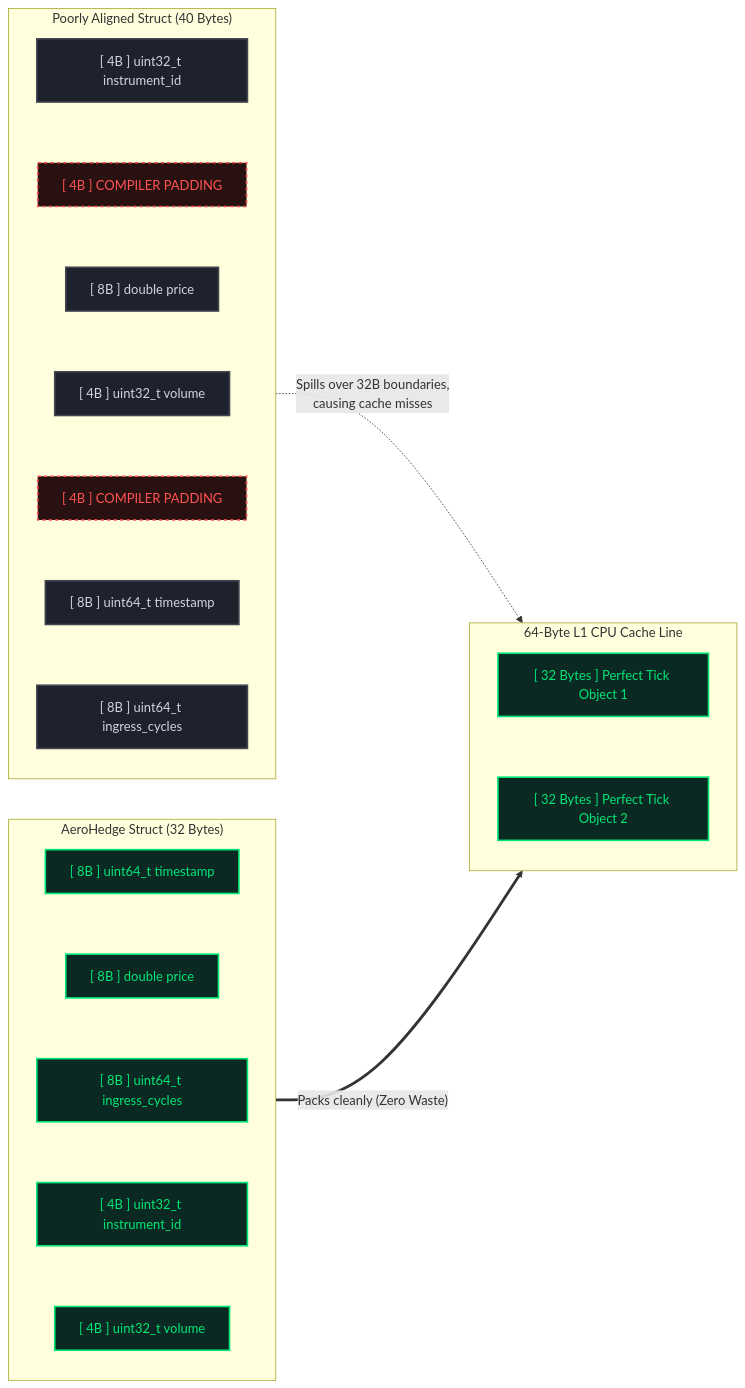
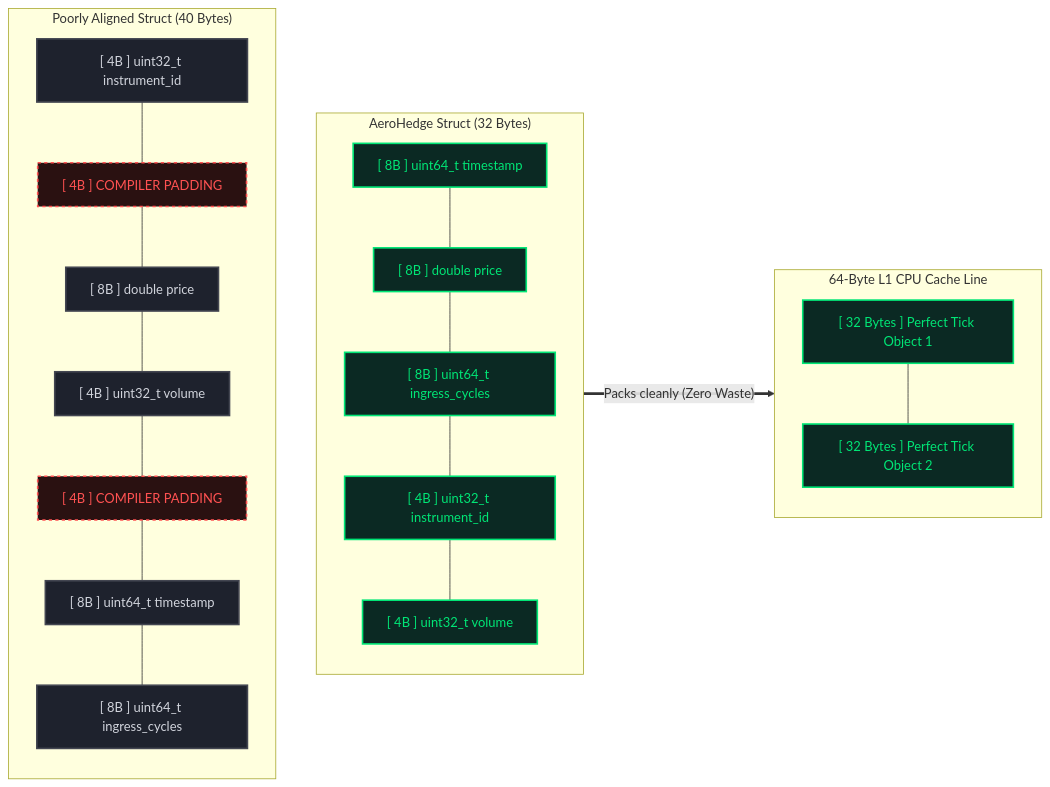
One commit to QuietkidAniket/AeroHedge changed the third of 4 diagrams in README.md. Above: the diagram before and after it, drawn with Mermaid. The commit also changed other lines of this file and 1 other file, not shown here.

````diff
--- a/README.md
+++ b/README.md
@@ -202,46 +271,40 @@
 ```mermaid
 flowchart LR
     %% --- UNOPTIMIZED MEMORY LAYOUT ---
     subgraph Bad ["Poorly Aligned Struct (40 Bytes)"]
         direction TB
-        B1["[ 4B ] uint32_t instrument_id"]:::data
-        P1["[ 4B ] COMPILER PADDING"]:::pad
-        B2["[ 8B ] double price"]:::data
-        B3["[ 4B ] uint32_t volume"]:::data
-        P2["[ 4B ] COMPILER PADDING"]:::pad
-        B4["[ 8B ] uint64_t timestamp"]:::data
-        B5["[ 8B ] uint64_t ingress_cycles"]:::data
-
-        B1 ~~~ P1 ~~~ B2 ~~~ B3 ~~~ P2 ~~~ B4 ~~~ B5
+        B1["[ 4B ] uint32_t instrument_id"]:::data --- P1["[ 4B ] COMPILER PADDING"]:::pad
+        P1 --- B2["[ 8B ] double price"]:::data
+        B2 --- B3["[ 4B ] uint32_t volume"]:::data
+        B3 --- P2["[ 4B ] COMPILER PADDING"]:::pad
+        P2 --- B4["[ 8B ] uint64_t timestamp"]:::data
+        B4 --- B5["[ 8B ] uint64_t ingress_cycles"]:::data
     end
 
     %% --- AEROHEDGE OPTIMIZED LAYOUT ---
     subgraph Good ["AeroHedge Struct (32 Bytes)"]
         direction TB
-        G1["[ 8B ] uint64_t timestamp"]:::opt
-        G2["[ 8B ] double price"]:::opt
-        G3["[ 8B ] uint64_t ingress_cycles"]:::opt
-        G4["[ 4B ] uint32_t instrument_id"]:::opt
-        G5["[ 4B ] uint32_t volume"]:::opt
-
-        G1 ~~~ G2 ~~~ G3 ~~~ G4 ~~~ G5
+        G1["[ 8B ] uint64_t timestamp"]:::opt --- G2["[ 8B ] double price"]:::opt
+        G2 --- G3["[ 8B ] uint64_t ingress_cycles"]:::opt
+        G3 --- G4["[ 4B ] uint32_t instrument_id"]:::opt
+        G4 --- G5["[ 4B ] uint32_t volume"]:::opt
     end
 
     %% --- HARDWARE CACHE REPRESENTATION ---
     subgraph Cache ["64-Byte L1 CPU Cache Line"]
         direction TB
-        C1["[ 32 Bytes ] Perfect Tick Object 1"]:::opt
-        C2["[ 32 Bytes ] Perfect Tick Object 2"]:::opt
-        
-        C1 ~~~ C2
+        C1["[ 32 Bytes ] Perfect Tick Object 1"]:::opt --- C2["[ 32 Bytes ] Perfect Tick Object 2"]:::opt
     end
 
     %% --- RELATIONSHIPS ---
-    Bad -. "Spills over 32B boundaries,\ncausing cache misses" .-> Cache
+    %% Invisible link forces side-by-side placement without drawing an arrow
+    Bad ~~~ Good
+    
+    %% Only the optimized struct connects to the cache
     Good == "Packs cleanly (Zero Waste)" ==> Cache
 
     %% --- STYLING ---
     classDef data fill:#1e222d,stroke:#434651,stroke-width:2px,color:#d1d4dc
     classDef pad fill:#2a1111,stroke:#ff5252,stroke-width:2px,stroke-dasharray: 4 4,color:#ff5252
     classDef opt fill:#0b2923,stroke:#00e676,stroke-width:2px,color:#00e676
 ```
````
